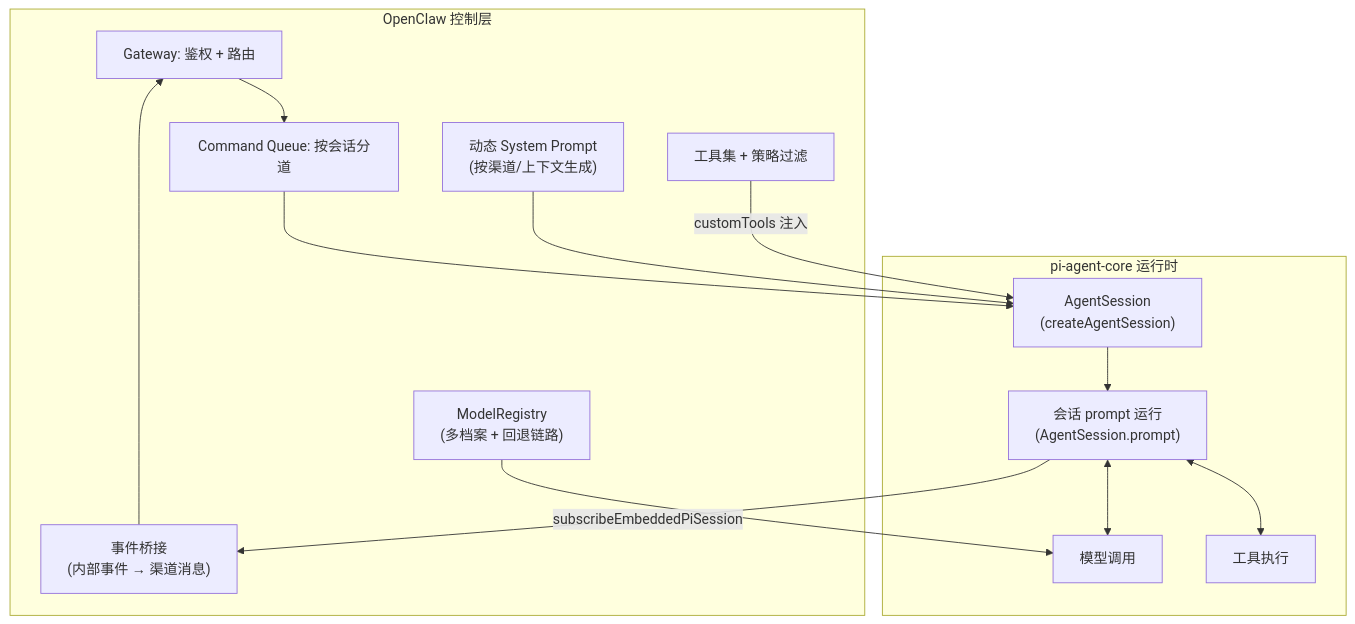
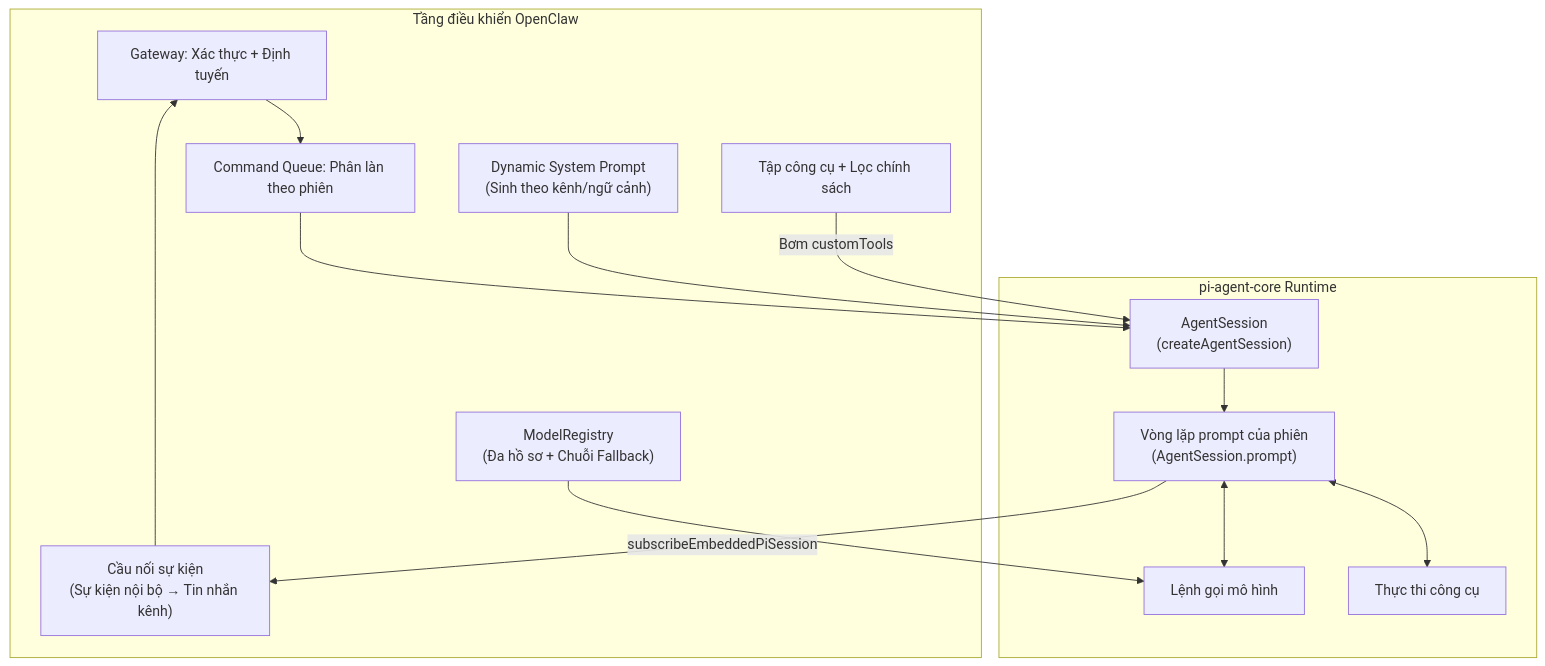
One commit to dino-edu/openclaw_guide changed the first of 2 diagrams in 10_agent_loop/10.2_pi_framework.md. Above: the diagram before and after it, drawn with Mermaid. The commit also changed other lines of this file and 27 other files, not shown here.

````diff
--- a/10_agent_loop/10.2_pi_framework.md
+++ b/10_agent_loop/10.2_pi_framework.md
@@ -30,28 +30,28 @@
 ```mermaid
 flowchart TD
-  subgraph OpenClaw["OpenClaw 控制层"]
-    GW["Gateway: 鉴权 + 路由"]
-    Q["Command Queue: 按会话分道"]
-    CFG["动态 System Prompt<br/>(按渠道/上下文生成)"]
-    TOOLS["工具集 + 策略过滤"]
-    MR["ModelRegistry<br/>(多档案 + 回退链路)"]
-    EVT["事件桥接<br/>(内部事件 → 渠道消息)"]
+  subgraph OpenClaw["Tầng điều khiển OpenClaw"]
+    GW["Gateway: Xác thực + Định tuyến"]
+    Q["Command Queue: Phân làn theo phiên"]
+    CFG["Dynamic System Prompt<br/>(Sinh theo kênh/ngữ cảnh)"]
+    TOOLS["Tập công cụ + Lọc chính sách"]
+    MR["ModelRegistry<br/>(Đa hồ sơ + Chuỗi Fallback)"]
+    EVT["Cầu nối sự kiện<br/>(Sự kiện nội bộ → Tin nhắn kênh)"]
   end
 
-  subgraph Pi["pi-agent-core 运行时"]
+  subgraph Pi["pi-agent-core Runtime"]
     SES["AgentSession<br/>(createAgentSession)"]
-    LOOP["会话 prompt 运行<br/>(AgentSession.prompt)"]
-    LLM["模型调用"]
-    TEXEC["工具执行"]
+    LOOP["Vòng lặp prompt của phiên<br/>(AgentSession.prompt)"]
+    LLM["Lệnh gọi mô hình"]
+    TEXEC["Thực thi công cụ"]
   end
 
   GW --> Q --> SES
   CFG --> SES
-  TOOLS -->|"customTools 注入"| SES
+  TOOLS -->|"Bơm customTools"| SES
   MR --> LLM
   SES --> LOOP
   LOOP <--> LLM
   LOOP <--> TEXEC
   LOOP -->|"subscribeEmbeddedPiSession"| EVT
   EVT --> GW
 ```
````
